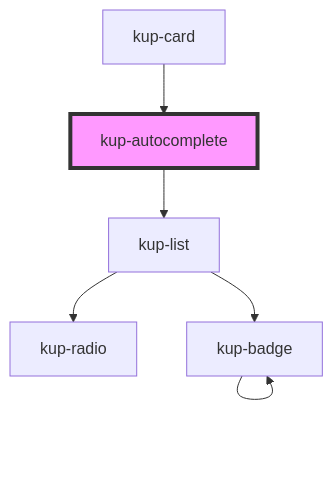
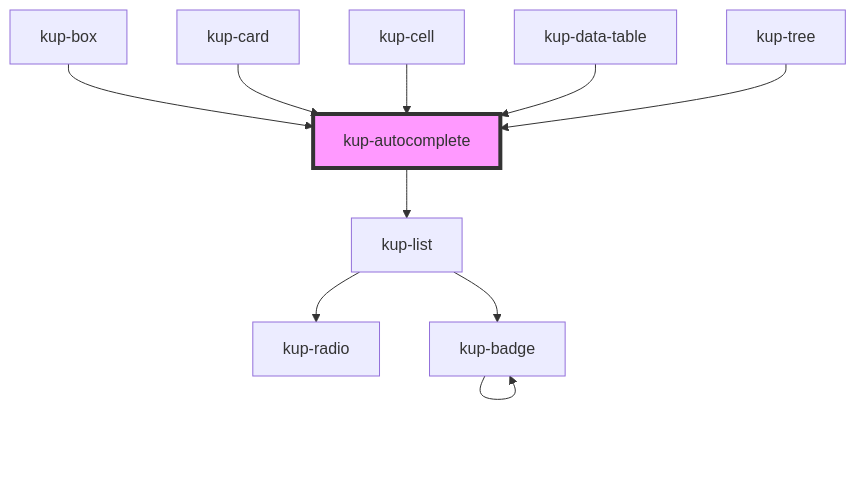
One commit to smeup/ketchup changed the diagram in packages/ketchup/src/components/kup-autocomplete/readme.md. Above: the diagram before and after it, drawn with Mermaid. The commit also changed other lines of this file and 16 other files, not shown here.

Commit message:
kup-cell: Remove change event on editable case and create a showcase.

````diff
--- a/packages/ketchup/src/components/kup-autocomplete/readme.md
+++ b/packages/ketchup/src/components/kup-autocomplete/readme.md
@@ -109,9 +113,13 @@
 ```mermaid
 graph TD;
   kup-autocomplete --> kup-list
   kup-list --> kup-radio
   kup-list --> kup-badge
   kup-badge --> kup-badge
+  kup-box --> kup-autocomplete
   kup-card --> kup-autocomplete
+  kup-cell --> kup-autocomplete
+  kup-data-table --> kup-autocomplete
+  kup-tree --> kup-autocomplete
   style kup-autocomplete fill:#f9f,stroke:#333,stroke-width:4px
 ```
````
